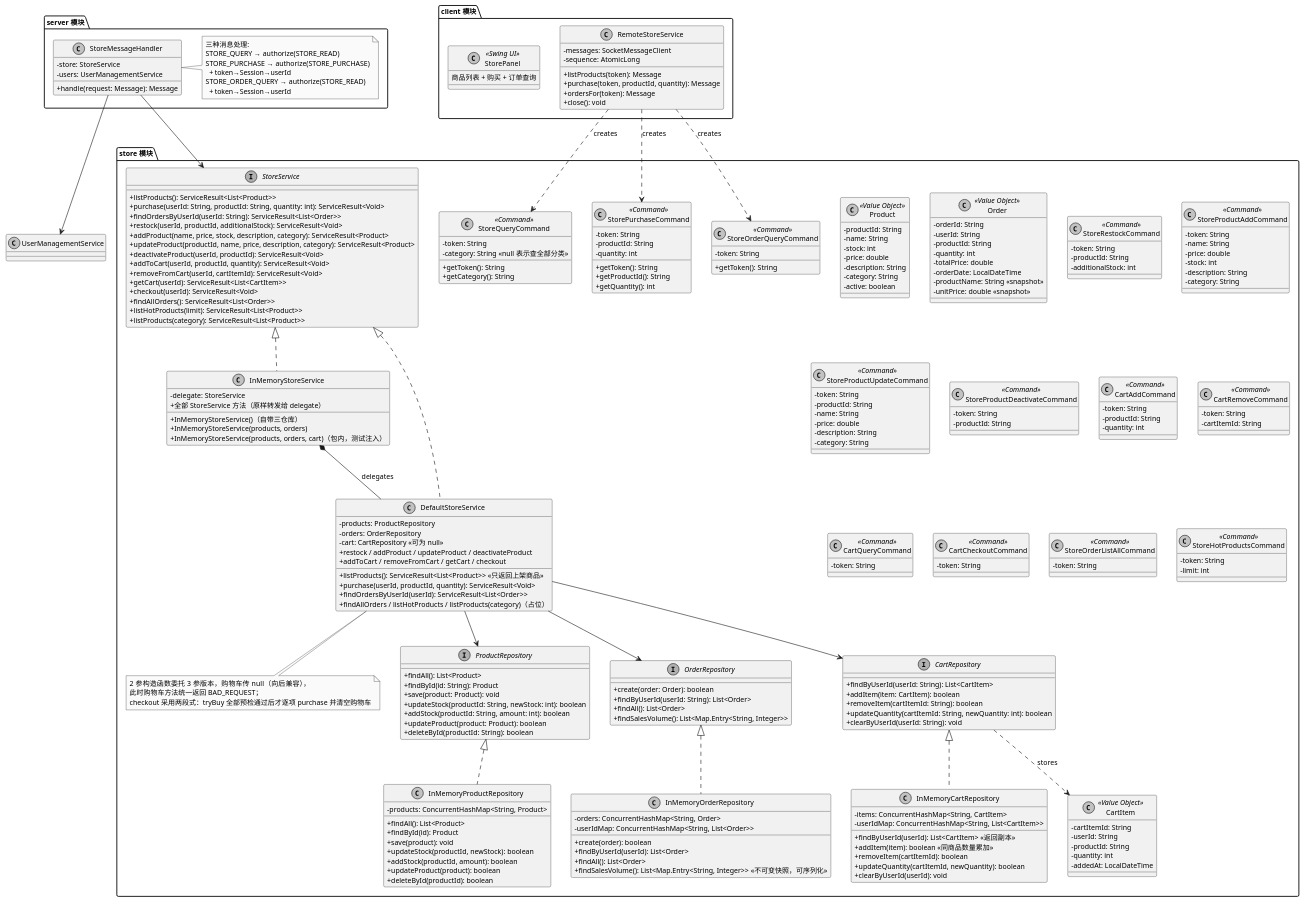
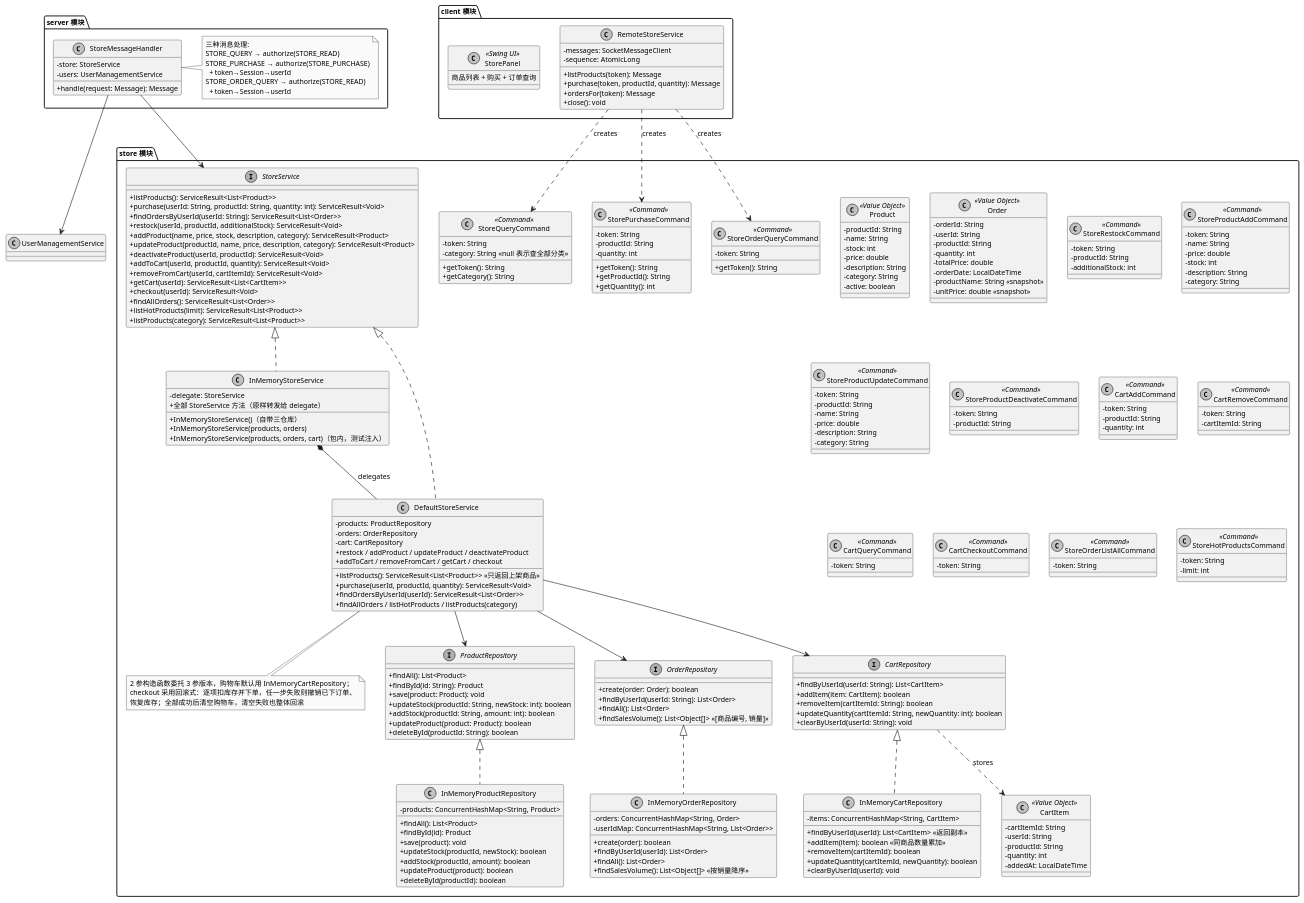
The diagram in docs/store-class-diagram.puml (KAKA328/vCampus), drawn with PlantUML before and after one commit. The commit also changed 1 other file, not shown here.

Commit message:
docs(store): sync UML findSalesVolume signature and checkout notes with code
Both class diagrams declared findSalesVolume() as List<Map.Entry<String, Integer>> while OrderRepository and its implementations return List<Object[]>; align the signature. Also correct the DefaultStoreService notes (checkout is rollback-style rather than a two-phase pre-check, and the cart is never null) and drop the InMemoryCartRepository userIdMap field, which does not exist.

```diff
--- a/docs/store-class-diagram.puml
+++ b/docs/store-class-diagram.puml
@@ -26,18 +26,18 @@
     class DefaultStoreService {
         - products: ProductRepository
         - orders: OrderRepository
-        - cart: CartRepository <<可为 null>>
+        - cart: CartRepository
         + listProducts(): ServiceResult<List<Product>> <<只返回上架商品>>
         + purchase(userId, productId, quantity): ServiceResult<Void>
         + findOrdersByUserId(userId): ServiceResult<List<Order>>
         + restock / addProduct / updateProduct / deactivateProduct
         + addToCart / removeFromCart / getCart / checkout
-        + findAllOrders / listHotProducts / listProducts(category)（占位）
+        + findAllOrders / listHotProducts / listProducts(category)
     }
     note bottom of DefaultStoreService
-        2 参构造函数委托 3 参版本，购物车传 null（向后兼容），
-        此时购物车方法统一返回 BAD_REQUEST；
-        checkout 采用两段式：tryBuy 全部预检通过后才逐项 purchase 并清空购物车
+        2 参构造函数委托 3 参版本，购物车默认用 InMemoryCartRepository；
+        checkout 采用回滚式：逐项扣库存并下单，任一步失败则撤销已下订单、
+        恢复库存；全部成功后清空购物车，清空失败也整体回滚
     end note
 
     class InMemoryStoreService {
@@ -62,7 +62,7 @@
         + create(order: Order): boolean
         + findByUserId(userId: String): List<Order>
         + findAll(): List<Order>
-        + findSalesVolume(): List<Map.Entry<String, Integer>>
+        + findSalesVolume(): List<Object[]> <<[商品编号, 销量]>>
     }
 
     interface CartRepository {
@@ -90,12 +90,11 @@
         + create(order): boolean
         + findByUserId(userId): List<Order>
         + findAll(): List<Order>
-        + findSalesVolume(): List<Map.Entry<String, Integer>> <<不可变快照，可序列化>>
+        + findSalesVolume(): List<Object[]> <<按销量降序>>
     }
 
     class InMemoryCartRepository {
         - items: ConcurrentHashMap<String, CartItem>
-        - userIdMap: ConcurrentHashMap<String, List<CartItem>>
         + findByUserId(userId): List<CartItem> <<返回副本>>
         + addItem(item): boolean <<同商品数量累加>>
         + removeItem(cartItemId): boolean
```
